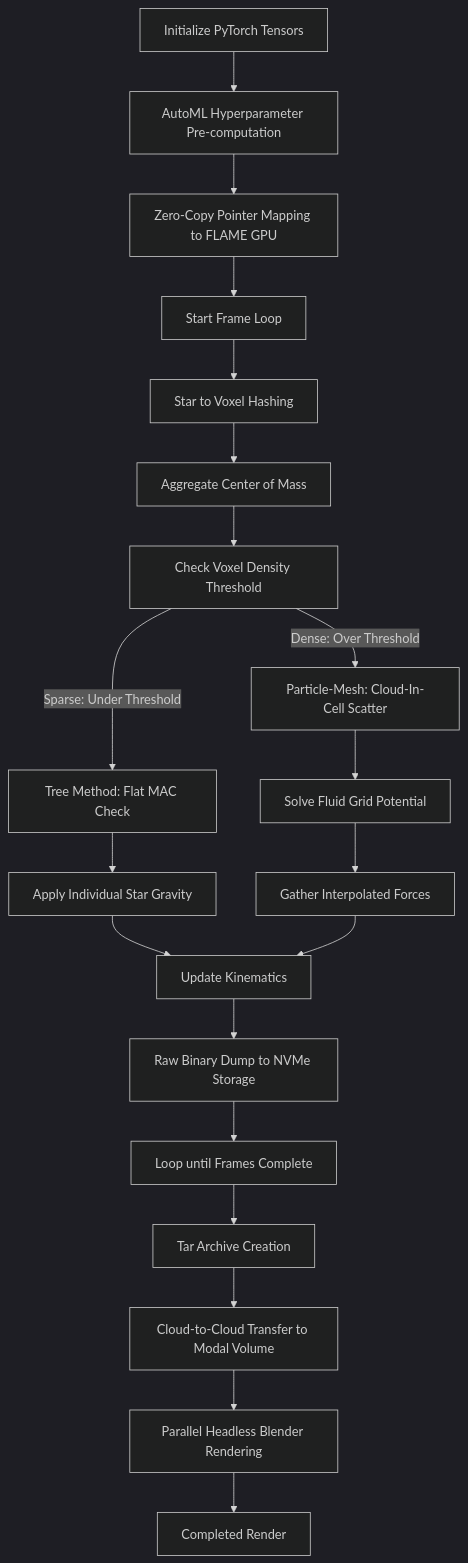
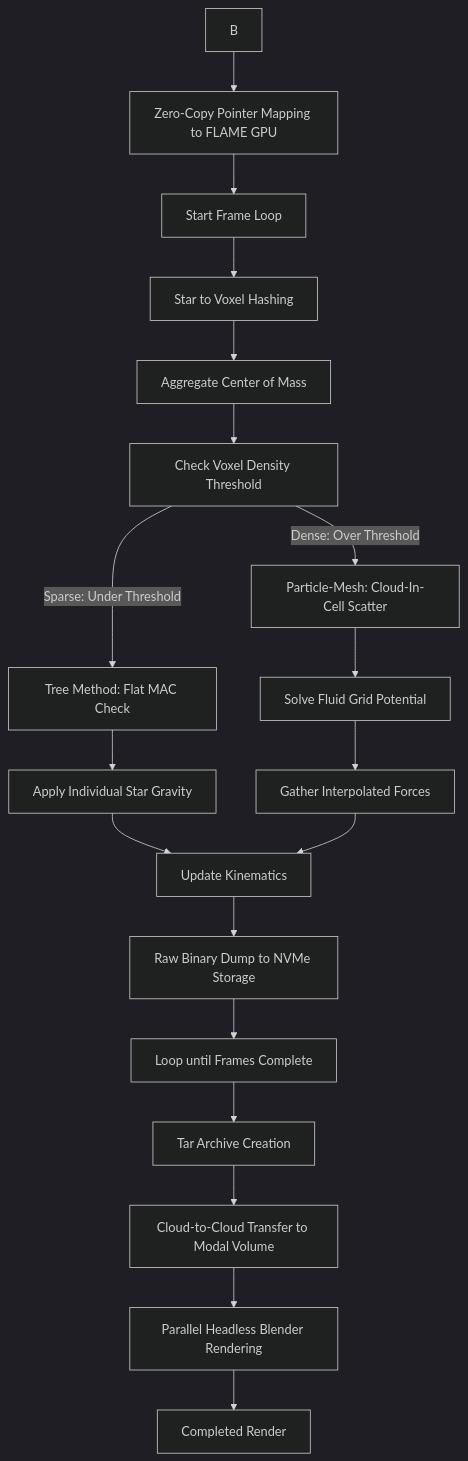
One commit to Licheng-Zheng/Compoxel_Outside changed the diagram in README.md. Above: the diagram before and after it, drawn with Mermaid (dark theme). The commit also changed other lines of this file, not shown here.

````diff
--- a/README.md
+++ b/README.md
@@ -219,22 +221,21 @@
 ```mermaid
 graph TD
-    A[Initialize PyTorch Tensors] --> B[AutoML Hyperparameter Pre-computation]
     B --> C[Zero-Copy Pointer Mapping to FLAME GPU]
     C --> D[Start Frame Loop]
     D --> E[Star to Voxel Hashing]
     E --> F[Aggregate Center of Mass]
     F --> G[Check Voxel Density Threshold]
     G -->|Sparse: Under Threshold| H[Tree Method: Flat MAC Check]
     H --> I[Apply Individual Star Gravity]
     G -->|Dense: Over Threshold| J[Particle-Mesh: Cloud-In-Cell Scatter]
     J --> K[Solve Fluid Grid Potential]
     K --> L[Gather Interpolated Forces]
     I --> M[Update Kinematics]
     L --> M
     M --> N[Raw Binary Dump to NVMe Storage]
     N --> O[Loop until Frames Complete]
     O --> P[Tar Archive Creation]
     P --> Q[Cloud-to-Cloud Transfer to Modal Volume]
     Q --> R[Parallel Headless Blender Rendering]
     R --> S[Completed Render]
 ```
````
